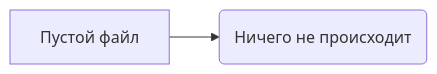
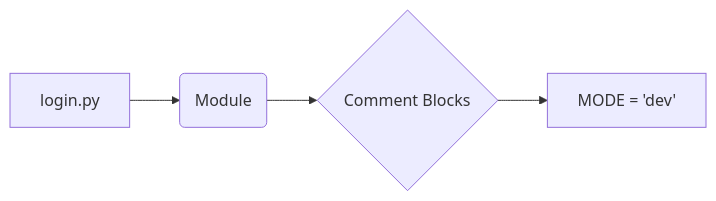
Before and after one commit to hypo69/hypo: the diagram in docs/gemini/ru/explainer/src/suppliers/ivory/login.md, drawn with Mermaid. The commit also changed other lines of this file and 468 other files, not shown here.

````diff
--- a/docs/gemini/ru/explainer/src/suppliers/ivory/login.md
+++ b/docs/gemini/ru/explainer/src/suppliers/ivory/login.md
@@ -57,4 +55,6 @@
 ```mermaid
 graph LR
-    A[Пустой файл] --> B(Ничего не происходит);
+    A[login.py] --> B(Module);
+    B --> C{Comment Blocks};
+    C --> D[MODE = 'dev'];
 ```
````
